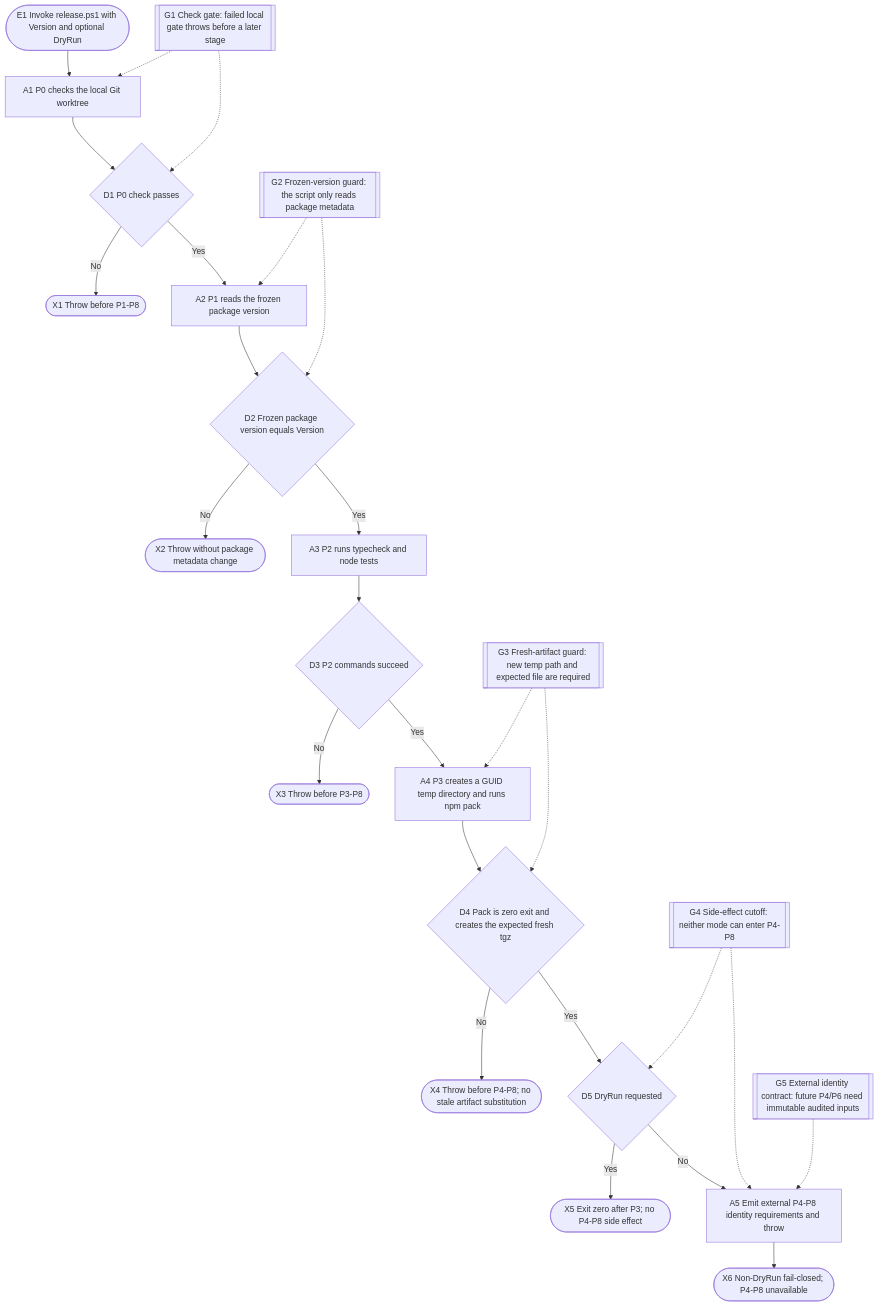
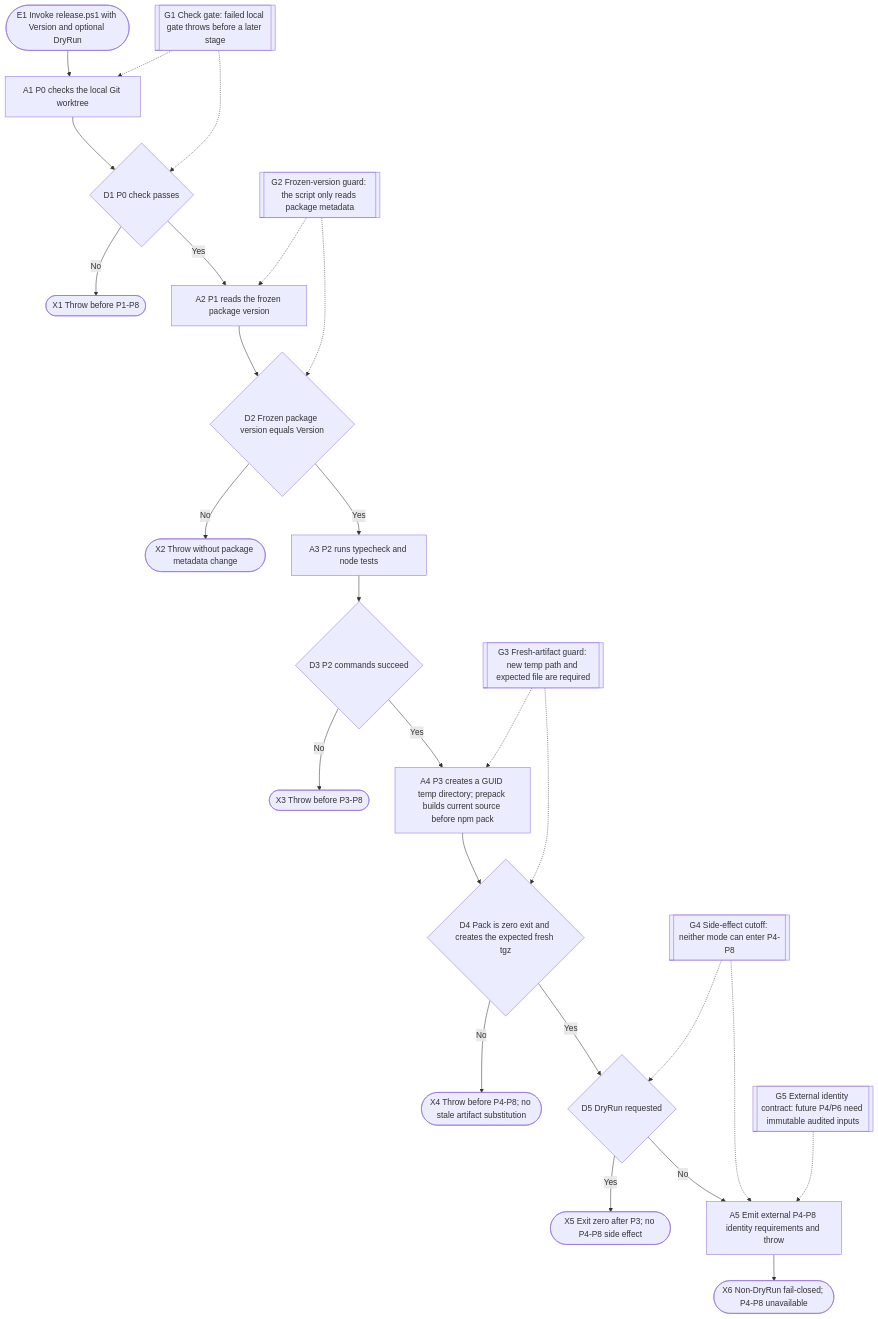
One commit to lusblead/dsh-Kingdom changed the first of 2 diagrams in docs/feature-flows/release-v1-pipeline/flow.md. Above: the diagram before and after it, drawn with Mermaid. The commit also changed other lines of this file and 115 other files, not shown here.

````diff
--- a/docs/feature-flows/release-v1-pipeline/flow.md
+++ b/docs/feature-flows/release-v1-pipeline/flow.md
@@ -33,28 +33,28 @@
 ```mermaid
 flowchart TD
     E1(["E1 Invoke release.ps1 with Version and optional DryRun"]) --> A1["A1 P0 checks the local Git worktree"]
     A1 --> D1{"D1 P0 check passes"}
     D1 -->|No| X1(["X1 Throw before P1-P8"])
     D1 -->|Yes| A2["A2 P1 reads the frozen package version"]
     A2 --> D2{"D2 Frozen package version equals Version"}
     D2 -->|No| X2(["X2 Throw without package metadata change"])
     D2 -->|Yes| A3["A3 P2 runs typecheck and node tests"]
     A3 --> D3{"D3 P2 commands succeed"}
     D3 -->|No| X3(["X3 Throw before P3-P8"])
-    D3 -->|Yes| A4["A4 P3 creates a GUID temp directory and runs npm pack"]
+    D3 -->|Yes| A4["A4 P3 creates a GUID temp directory; prepack builds current source before npm pack"]
     A4 --> D4{"D4 Pack is zero exit and creates the expected fresh tgz"}
     D4 -->|No| X4(["X4 Throw before P4-P8; no stale artifact substitution"])
     D4 -->|Yes| D5{"D5 DryRun requested"}
     D5 -->|Yes| X5(["X5 Exit zero after P3; no P4-P8 side effect"])
     D5 -->|No| A5["A5 Emit external P4-P8 identity requirements and throw"]
     A5 --> X6(["X6 Non-DryRun fail-closed; P4-P8 unavailable"])
     G1[["G1 Check gate: failed local gate throws before a later stage"]] -.-> A1
     G1 -.-> D1
     G2[["G2 Frozen-version guard: the script only reads package metadata"]] -.-> A2
     G2 -.-> D2
     G3[["G3 Fresh-artifact guard: new temp path and expected file are required"]] -.-> A4
     G3 -.-> D4
     G4[["G4 Side-effect cutoff: neither mode can enter P4-P8"]] -.-> D5
     G4 -.-> A5
     G5[["G5 External identity contract: future P4/P6 need immutable audited inputs"]] -.-> A5
 ```
````
